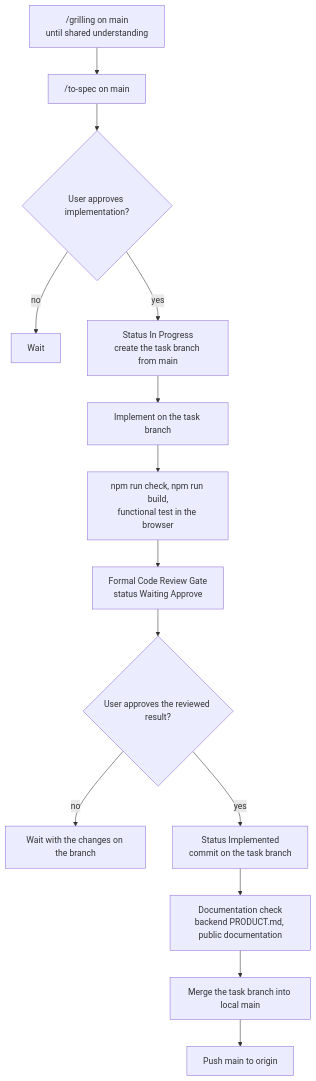
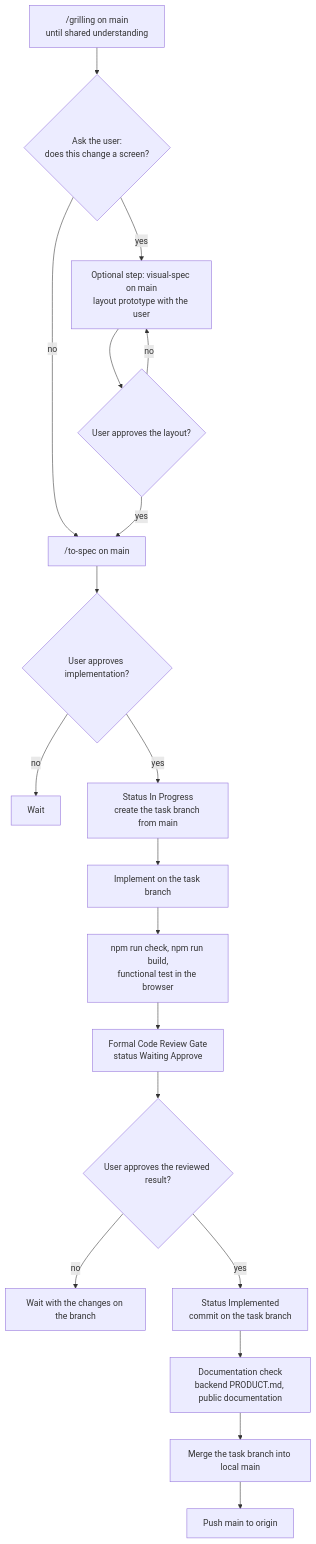
The diagram in AGENTS.md (fagnermourafeitosa/chokepoint-admin), drawn with Mermaid before and after one commit. The commit also changed other lines of this file and 73 other files, not shown here.

````diff
--- a/AGENTS.md
+++ b/AGENTS.md
@@ -55,16 +55,21 @@
 ```mermaid
 flowchart TD
-    G["/grilling on main<br/>until shared understanding"] --> S["/to-spec on main"]
+    G["/grilling on main<br/>until shared understanding"] --> Q{"Ask the user:<br/>does this change a screen?"}
+    Q -- no --> S["/to-spec on main"]
+    Q -- yes --> VS["Optional step: visual-spec on main<br/>layout prototype with the user"]
+    VS --> LA{"User approves the layout?"}
+    LA -- no --> VS
+    LA -- yes --> S
     S --> A{"User approves implementation?"}
     A -- no --> W1["Wait"]
     A -- yes --> P["Status In Progress<br/>create the task branch from main"]
     P --> I["Implement on the task branch"]
     I --> V["npm run check, npm run build,<br/>functional test in the browser"]
     V --> R["Formal Code Review Gate<br/>status Waiting Approve"]
     R --> C{"User approves the reviewed result?"}
     C -- no --> W2["Wait with the changes on the branch"]
     C -- yes --> D["Status Implemented<br/>commit on the task branch"]
     D --> DC["Documentation check<br/>backend PRODUCT.md, public documentation"]
     DC --> M["Merge the task branch into local main"]
     M --> U["Push main to origin"]
 ```
````
